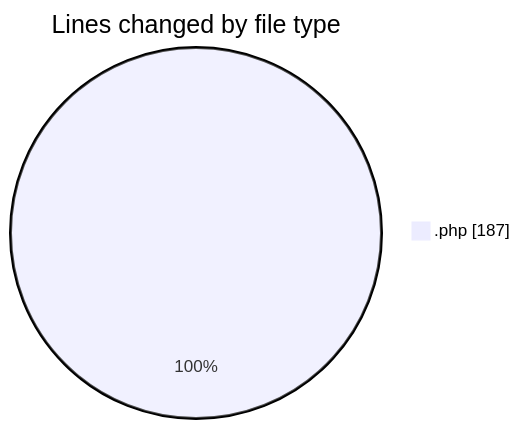
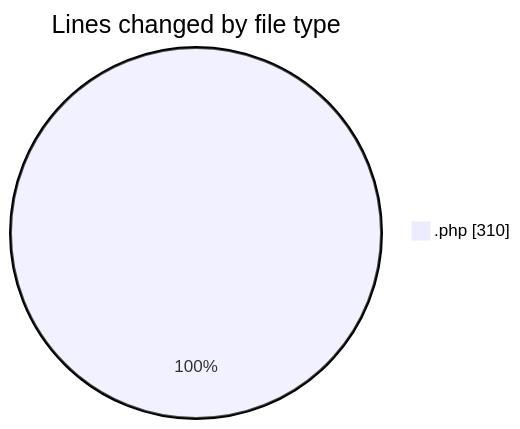
One commit to LanceThiago/code-tracking changed the first of 2 diagrams in 2025-02-10/totem/README.md. Above: the diagram before and after it, drawn with Mermaid. The commit also changed other lines of this file and 1 other file, not shown here.

````diff
--- a/2025-02-10/totem/README.md
+++ b/2025-02-10/totem/README.md
@@ -20,5 +21,5 @@
 ```mermaid
 pie showData
 title Lines changed by file type
-".php" : 187
+".php" : 310
 ```
````
